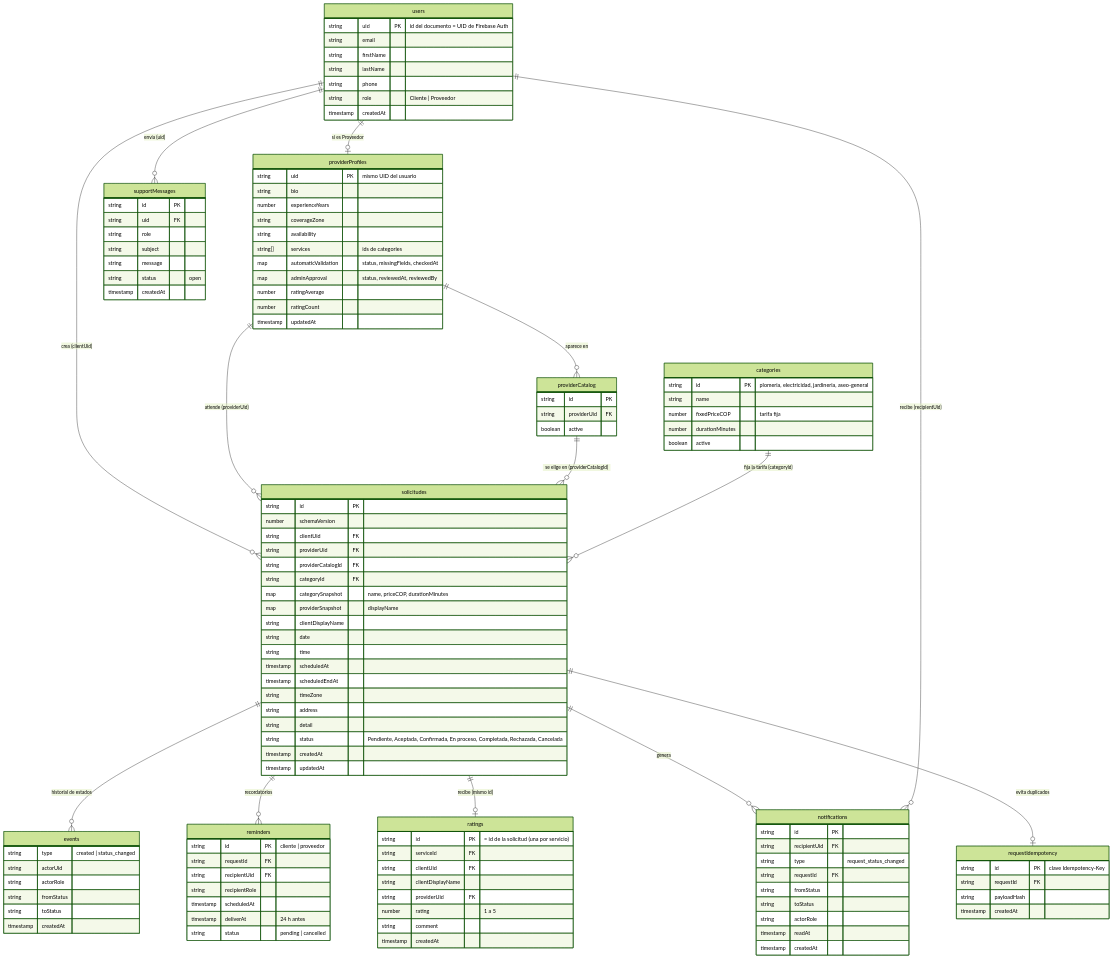
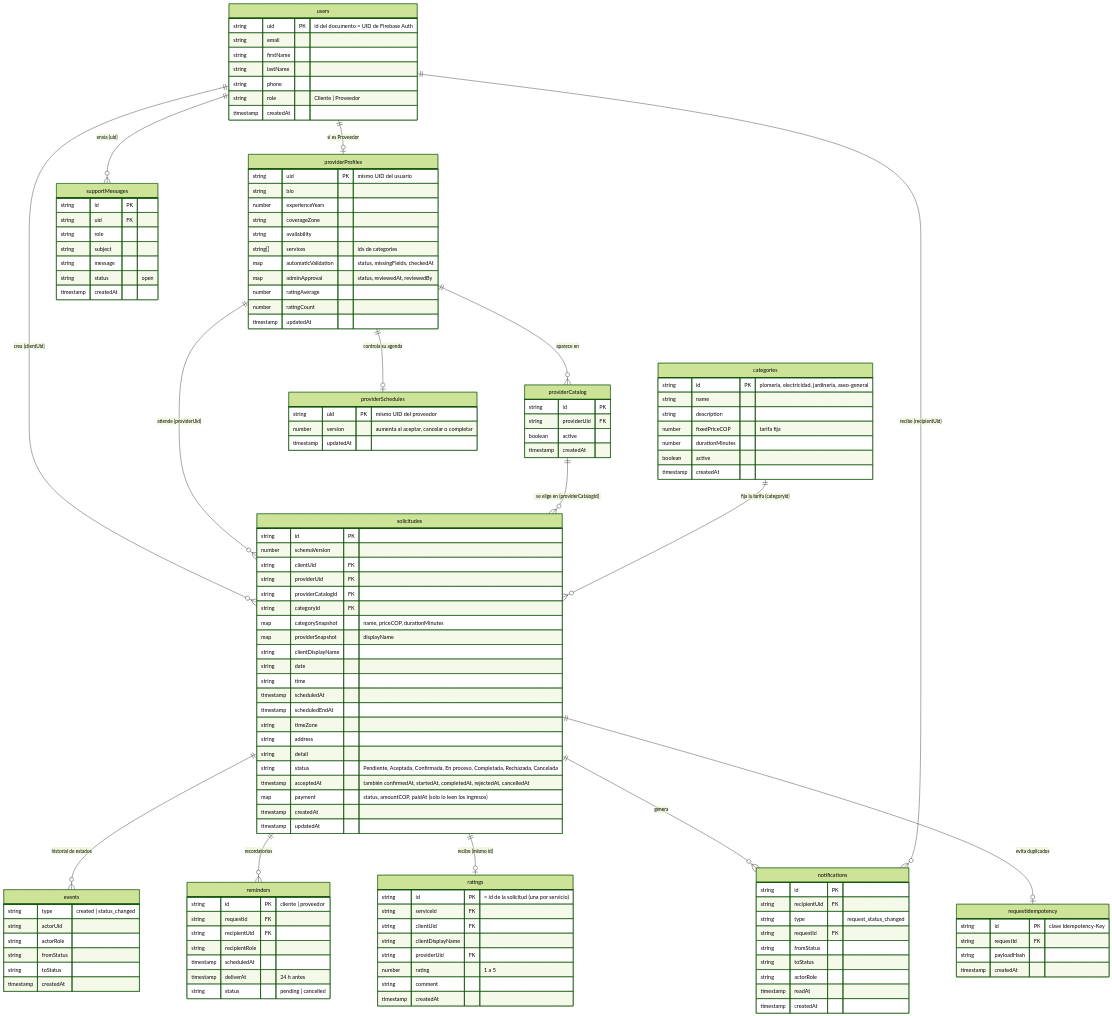
One commit to Tecnologias-2026-2/HogarFix changed the fourth of 5 diagrams in README.md. Above: the diagram before and after it, drawn with Mermaid (forest theme). The commit also changed other lines of this file and 1 other file, not shown here.

````diff
--- a/README.md
+++ b/README.md
@@ -185,6 +193,7 @@
   users ||--o{ notifications : "recibe (recipientUid)"
   users ||--o{ supportMessages : "envía (uid)"
   solicitudes ||--o| requestIdempotency : "evita duplicados"
+  providerProfiles ||--o| providerSchedules : "controla su agenda"
 
   users {
     string uid PK "id del documento = UID de Firebase Auth"
@@ -211,14 +220,17 @@
   categories {
     string id PK "plomeria, electricidad, jardineria, aseo-general"
     string name
+    string description
     number fixedPriceCOP "tarifa fija"
     number durationMinutes
     boolean active
+    timestamp createdAt
   }
   providerCatalog {
     string id PK
     string providerUid FK
     boolean active
+    timestamp createdAt
   }
   solicitudes {
     string id PK
@@ -238,6 +250,8 @@
     string address
     string detail
     string status "Pendiente, Aceptada, Confirmada, En proceso, Completada, Rechazada, Cancelada"
+    timestamp acceptedAt "también confirmedAt, startedAt, completedAt, rejectedAt, cancelledAt"
+    map payment "status, amountCOP, paidAt (solo lo leen los ingresos)"
     timestamp createdAt
     timestamp updatedAt
   }
@@ -294,4 +308,9 @@
     string payloadHash
     timestamp createdAt
   }
+  providerSchedules {
+    string uid PK "mismo UID del proveedor"
+    number version "aumenta al aceptar, cancelar o completar"
+    timestamp updatedAt
+  }
 ```
````
